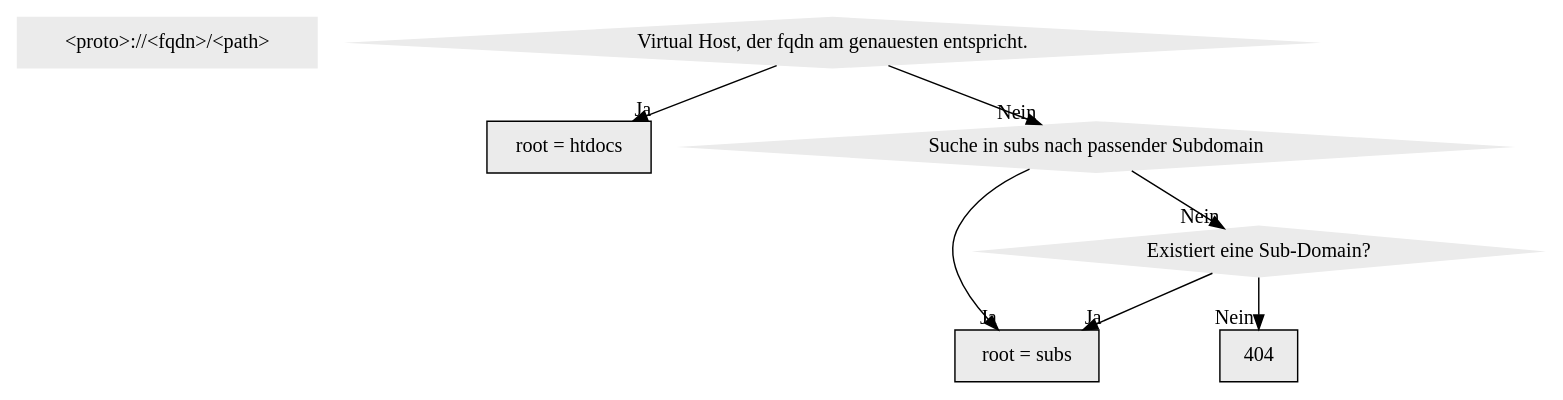
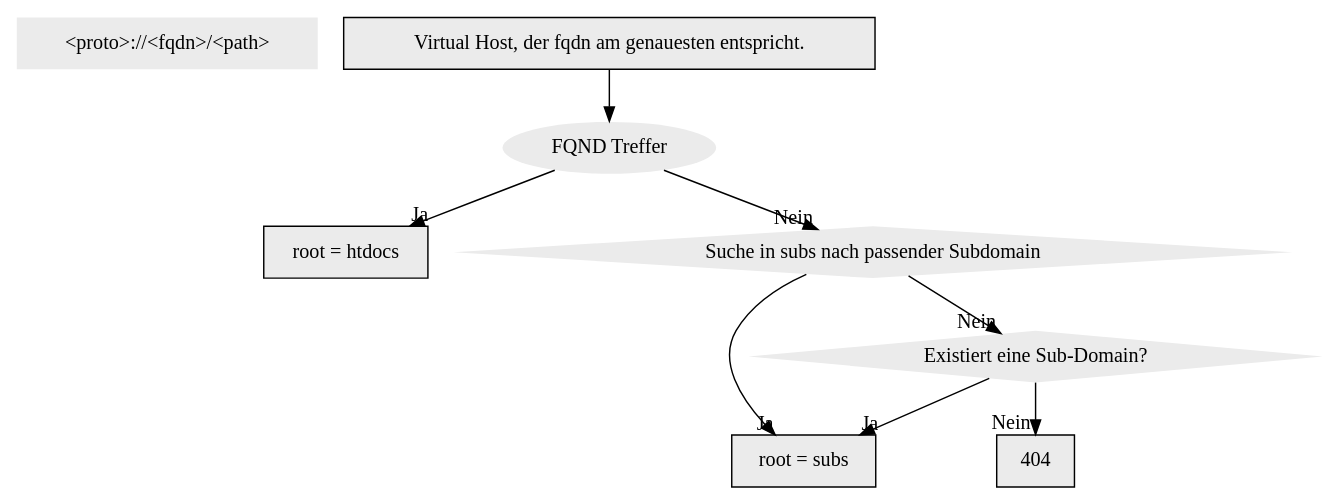
Before and after one commit to hostsharing/hs.docs.users: the diagram in source/administration/domain/filemap-ohne-ssl.dot, drawn with Graphviz.

Commit message:
test syntax

```diff
--- a/source/administration/domain/filemap-ohne-ssl.dot
+++ b/source/administration/domain/filemap-ohne-ssl.dot
@@ -1,21 +1,22 @@
 digraph d  { 
 	node [peripheries=0, style=filled, fillcolor="grey92", font=Helvetica, fontcolor=black]
 
 	enquire_information [shape=box, label="<proto>://<fqdn>/<path>" ]
 
 
-    vh_check_fqdn [shape=diamond, label="Virtual Host, der fqdn am genauesten entspricht."]
+    vh_check_fqdn [shape=record, label="Virtual Host, der fqdn am genauesten entspricht."]
+	fqdn_matches [share=diamond, label="FQND Treffer"]
 	root_htdocs_ok [shape=record, label="root = htdocs"]
 	root_search_in_subs [shape=diamond, label="Suche in subs nach passender Subdomain"]
     root_subs_ok [shape=record, label="root = subs"]
 	htdocsfallback_subs [shape=diamond, label="Existiert eine Sub-Domain? " ]
 	404 [shape=record, label="404"] 
         
-	
-	vh_check_fqdn -> root_htdocs_ok [headlabel="Ja"]
-	vh_check_fqdn -> root_search_in_subs [headlabel="Nein"]
+	vh_check_fqdn -> fqdn_matches
+	fqdn_matches -> root_htdocs_ok [headlabel="Ja"]
+	fqdn_matches -> root_search_in_subs [headlabel="Nein"]
 	root_search_in_subs -> root_subs_ok [headlabel="Ja"]
 	root_search_in_subs -> htdocsfallback_subs [headlabel="Nein"]
 	htdocsfallback_subs -> root_subs_ok [headlabel="Ja"]
 	htdocsfallback_subs -> 404 [headlabel="Nein"]
 }
```
